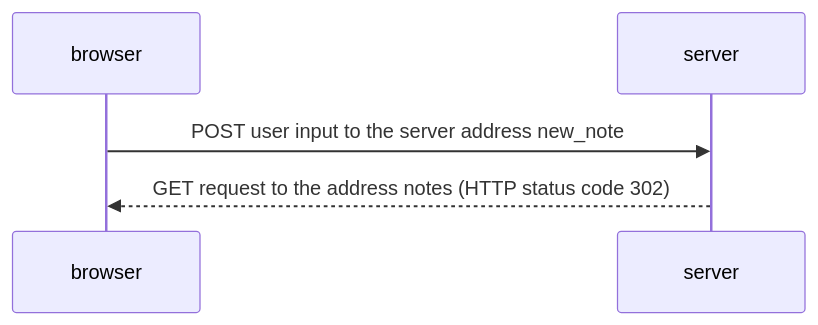
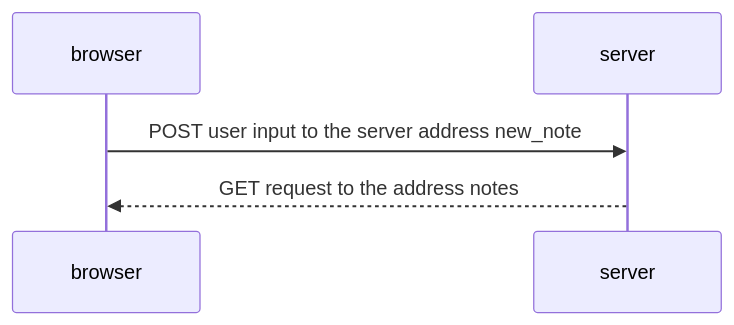
One commit to early-dew/FullStackOpen changed the diagram in Part0.md. Above: the diagram before and after it, drawn with Mermaid.

````diff
--- a/Part0.md
+++ b/Part0.md
@@ -1,7 +1,7 @@
 ```mermaid
 sequenceDiagram
  participant browser
  participant server
  browser->>server: POST user input to the server address new_note
- server-->>browser: GET request to the address notes (HTTP status code 302)
+ server-->>browser: GET request to the address notes
 ```
````
